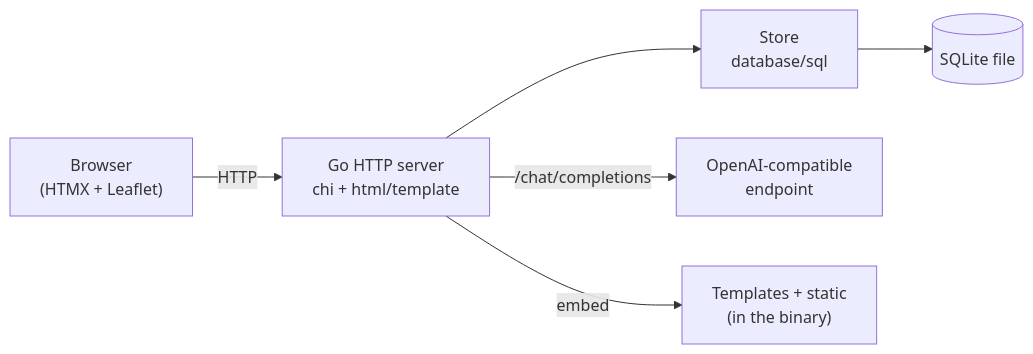
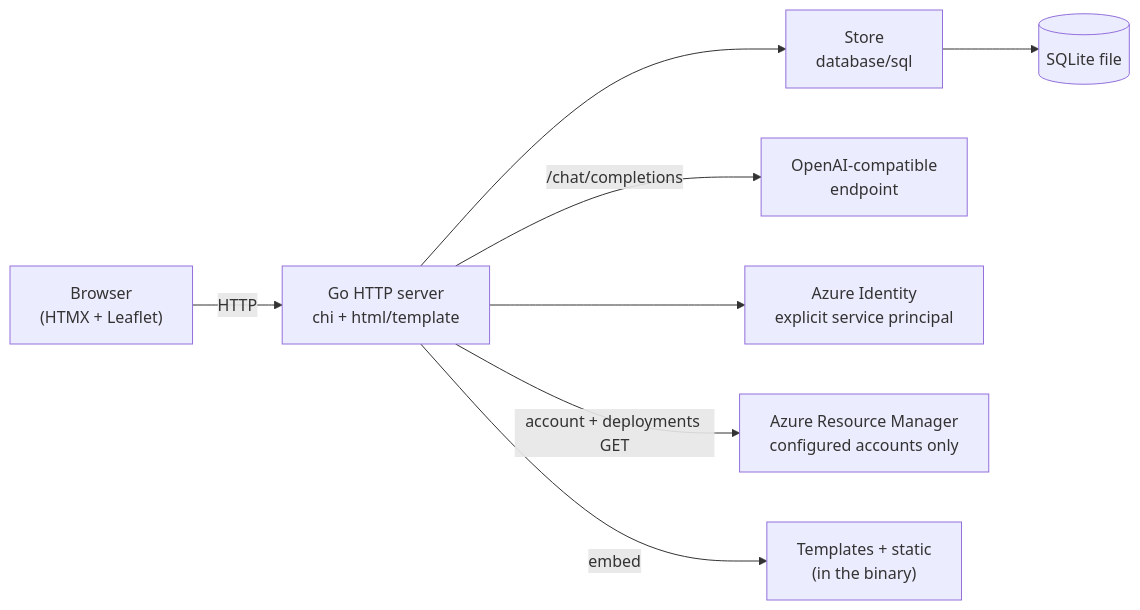
The diagram in README.md (daknoblo/VacationPlanner), drawn with Mermaid before and after one commit. The commit also changed other lines of this file and 30 other files, not shown here.

````diff
--- a/README.md
+++ b/README.md
@@ -126,8 +130,10 @@
 ```mermaid
 flowchart LR
     Browser["Browser<br/>(HTMX + Leaflet)"] -->|HTTP| Server["Go HTTP server<br/>chi + html/template"]
     Server --> Store["Store<br/>database/sql"]
     Store --> DB[("SQLite file")]
     Server -->|/chat/completions| AI["OpenAI-compatible<br/>endpoint"]
+    Server --> Identity["Azure Identity<br/>explicit service principal"]
+    Server -->|account + deployments GET| ARM["Azure Resource Manager<br/>configured accounts only"]
     Server -->|embed| Assets["Templates + static<br/>(in the binary)"]
 ```
````
